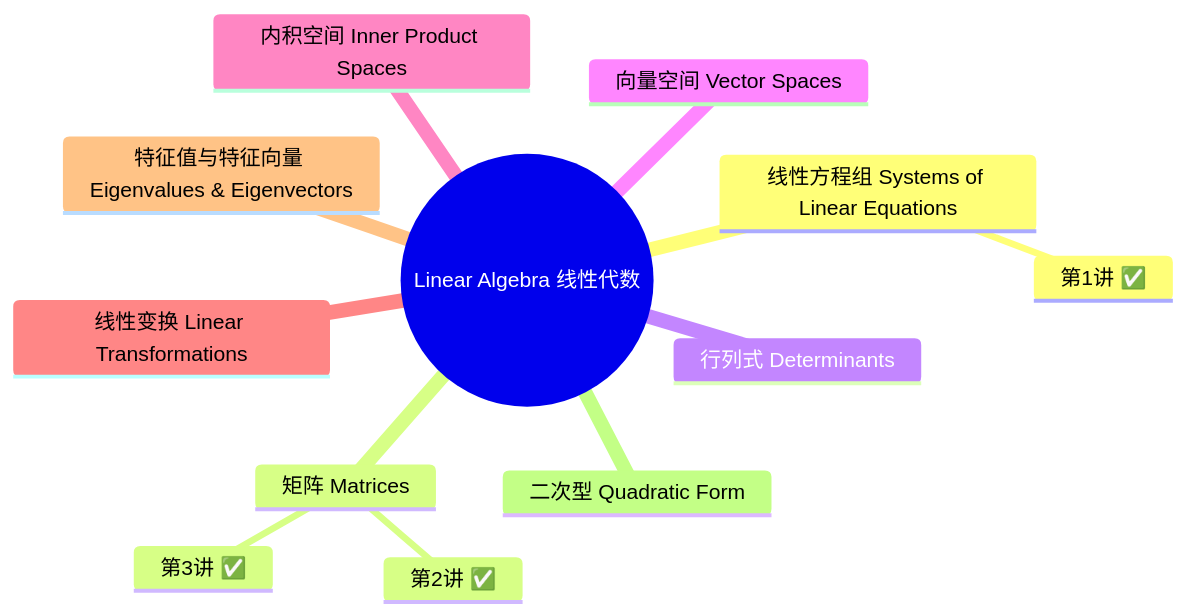
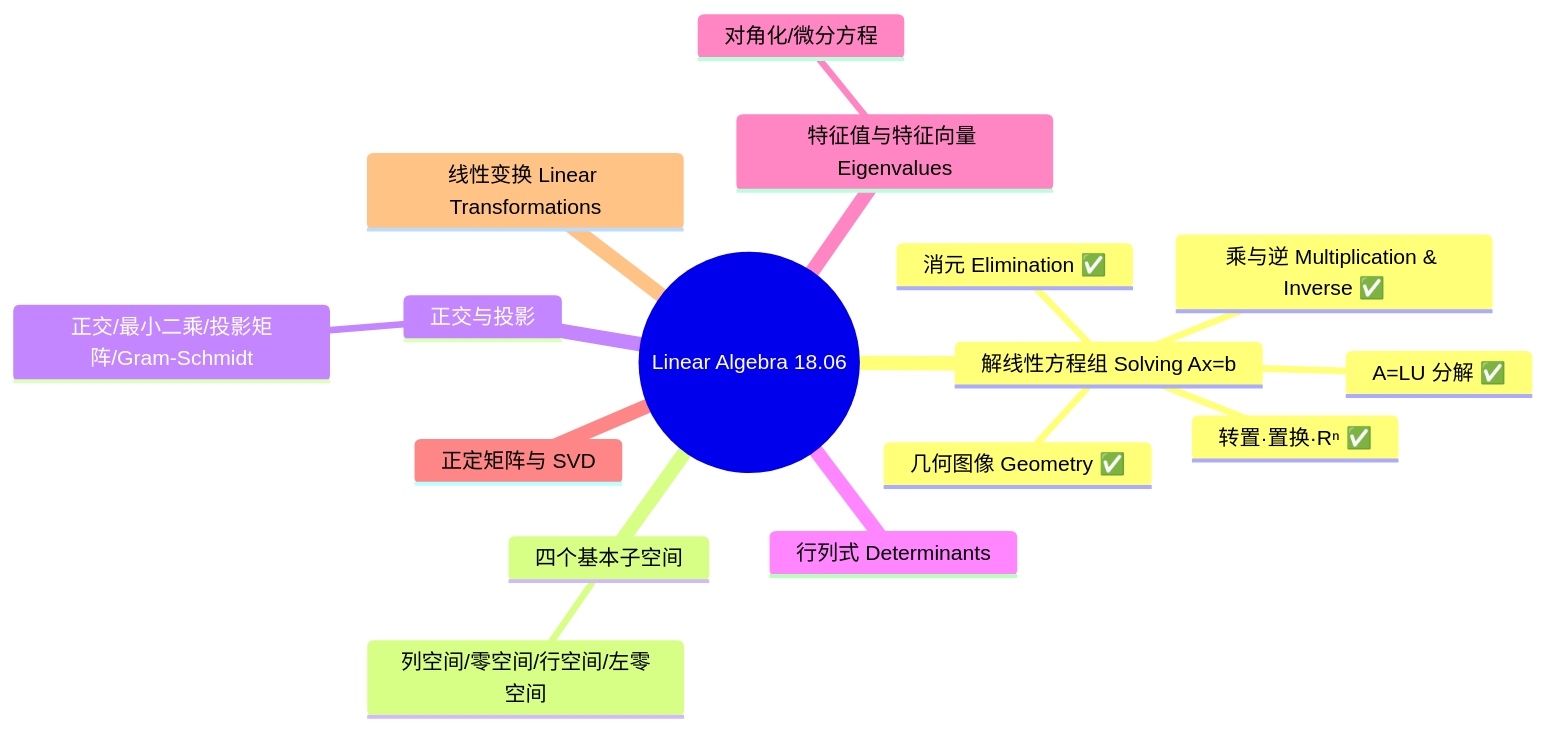
The diagram in Math/Linear Algebra/主页.md (Korotomx/STD), drawn with Mermaid before and after one commit. The commit also changed other lines of this file, not shown here.

````diff
--- a/Math/Linear Algebra/主页.md
+++ b/Math/Linear Algebra/主页.md
@@ -12,15 +13,19 @@
 ```mermaid
 mindmap
-  root((Linear Algebra 线性代数))
-    线性方程组 Systems of Linear Equations
-      第1讲 ✅
-    矩阵 Matrices
-      第2讲 ✅
-      第3讲 ✅
+  root((Linear Algebra 18.06))
+    解线性方程组 Solving Ax=b
+      几何图像 Geometry ✅
+      消元 Elimination ✅
+      乘与逆 Multiplication & Inverse ✅
+      A=LU 分解 ✅
+      转置·置换·Rⁿ ✅
+    四个基本子空间
+      列空间/零空间/行空间/左零空间
+    正交与投影
+      正交/最小二乘/投影矩阵/Gram-Schmidt
     行列式 Determinants
-    向量空间 Vector Spaces
-    内积空间 Inner Product Spaces
+    特征值与特征向量 Eigenvalues
+      对角化/微分方程
+    正定矩阵与 SVD
     线性变换 Linear Transformations
-    特征值与特征向量 Eigenvalues & Eigenvectors
-    二次型 Quadratic Form
 ```
````
